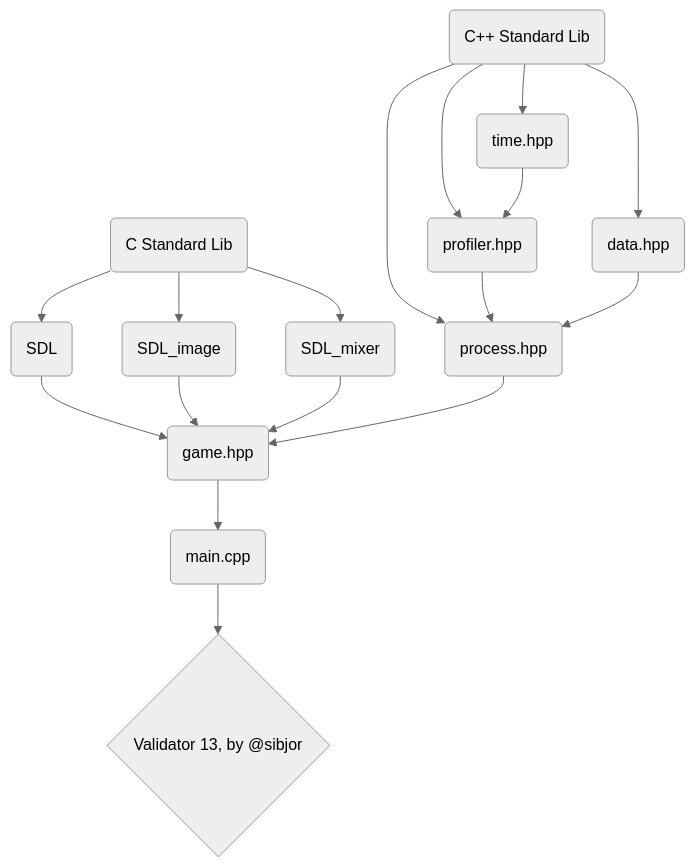
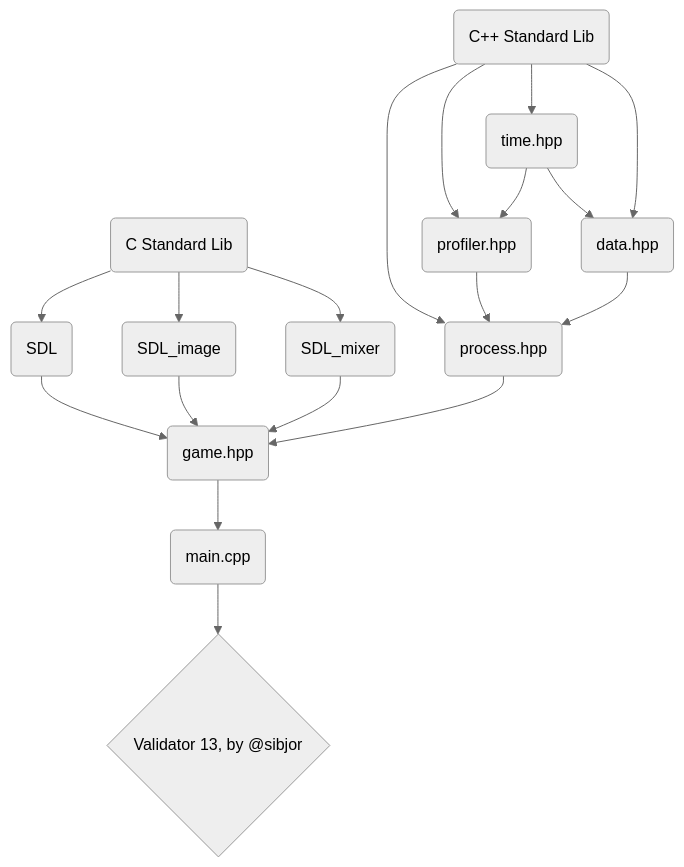
The diagram in README.md (sibjor/ParkourRunner), drawn with Mermaid (neutral theme) before and after one commit. The commit also changed 1 other file, not shown here.

````diff
--- a/README.md
+++ b/README.md
@@ -15,27 +15,28 @@
 ```mermaid
 flowchart TD
     A(C Standard Lib)
     B(C++ Standard Lib)
     C(SDL)
     D(SDL_image)
     E(SDL_mixer)
     G(process.hpp)
     H(profiler.hpp) 
     I(time.hpp) 
     J(data.hpp)
     K(game.hpp)
     L(main.cpp)
 
     A --> C --> K
     A --> D --> K
     A --> E --> K
 
     B --> G 
     B --> H --> G
     B --> I
     B --> J --> G
 
     G --> K --> L --> M{Validator 13, by @sibjor}
     
     I --> H
+    I --> J
 ```
````
